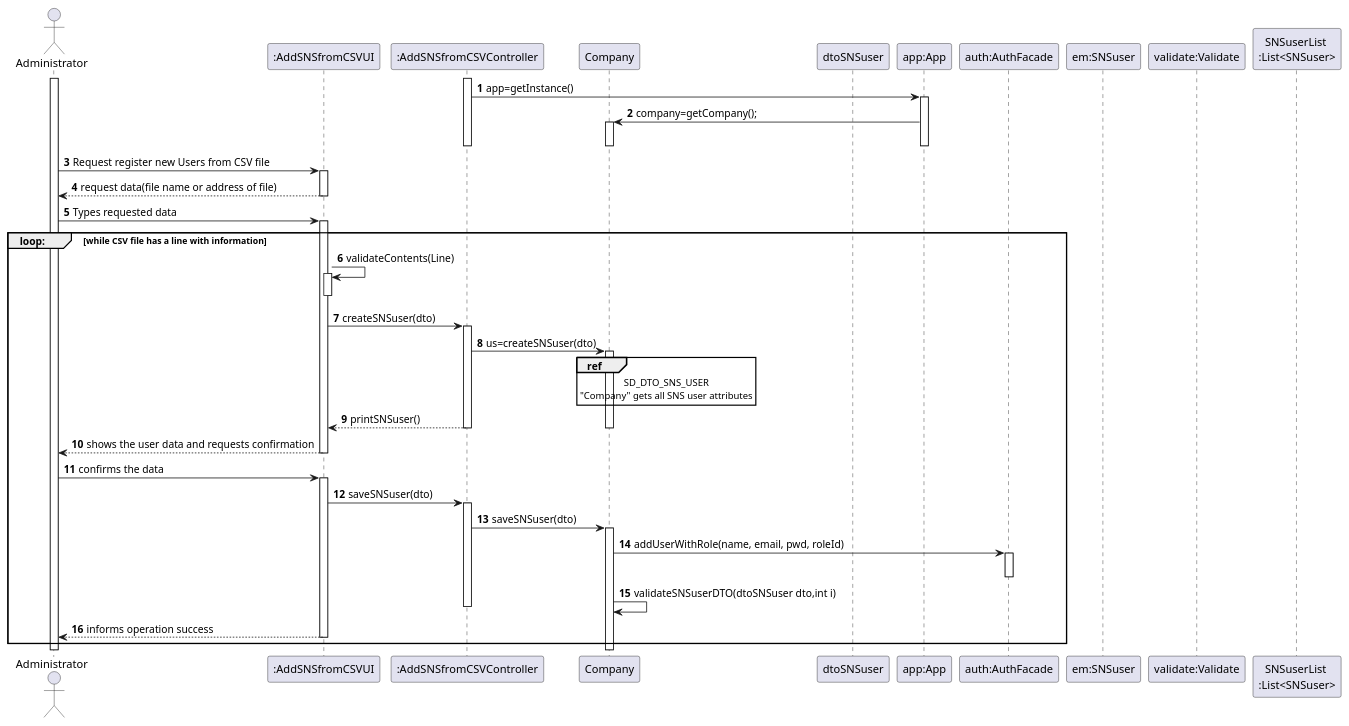
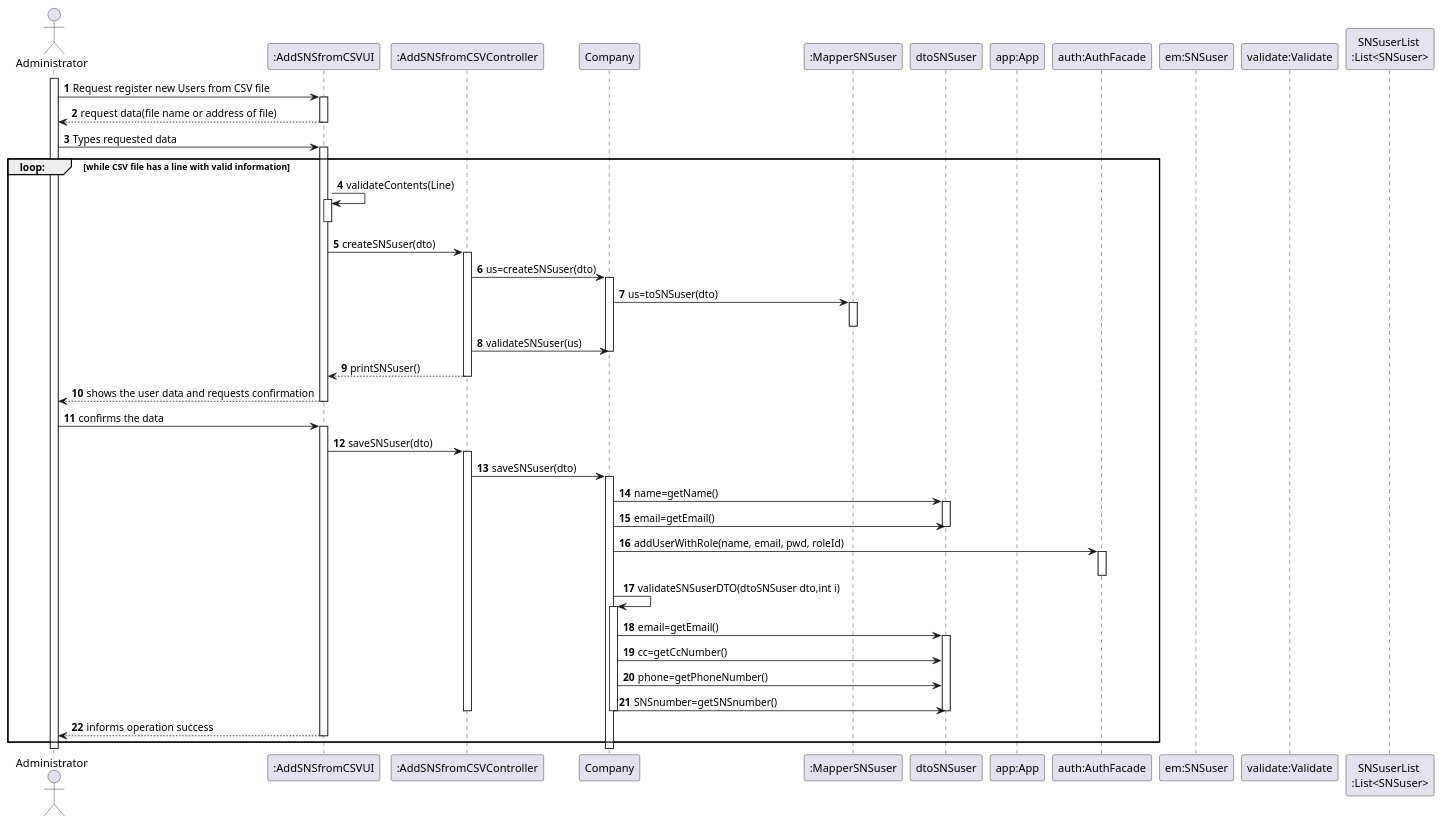
The diagram in docs/SprintC/US014/US014_SD.puml (osnilas/SNSsystem), drawn with PlantUML before and after one commit. The commit also changed 8 other files, not shown here.

```diff
--- a/docs/SprintC/US014/US014_SD.puml
+++ b/docs/SprintC/US014/US014_SD.puml
@@ -1,68 +1,72 @@
 @startuml
 'https://plantuml.com/class-diagram
 
 autonumber
     actor "Administrator" as ADM
 
     participant ":AddSNSfromCSVUI" as UI
     participant ":AddSNSfromCSVController" as  CTRL
     participant "Company" as COMP
+    participant ":MapperSNSuser" as MAPPER
     participant "dtoSNSuser" as DTO
     participant "app:App" as APP
     participant "auth:AuthFacade" as AUTH
     participant "em:SNSuser" as SNS
     participant "validate:Validate" as VALID
     participant "SNSuserList \n:List<SNSuser>"
 
         activate ADM
-       activate CTRL
-       CTRL->APP: app=getInstance()
-       activate APP
-       APP->COMP: company=getCompany();
-       activate COMP
-       deactivate COMP
-       deactivate APP
-       deactivate CTRL
        ADM -> UI: Request register new Users from CSV file
        activate UI
        UI --> ADM: request data(file name or address of file)
        deactivate UI
        UI <- ADM: Types requested data
 
        activate UI
 
-       group loop: [while CSV file has a line with information]
+       group loop: [while CSV file has a line with valid information]
        UI->UI:validateContents(Line)
        activate UI
        deactivate UI
        UI->CTRL: createSNSuser(dto)
        activate CTRL
        CTRL->COMP: us=createSNSuser(dto)
        activate COMP
-       ref over COMP
-         SD_DTO_SNS_USER
-         "Company" gets all SNS user attributes
-       end reF
+       COMP->MAPPER: us=toSNSuser(dto)
+       activate MAPPER
+       deactivate MAPPER
+       CTRL->COMP: validateSNSuser(us)
+        deactivate COMP
        CTRL-->UI: printSNSuser()
-       deactivate COMP
        deactivate CTRL
        ADM <-- UI: shows the user data and requests confirmation
        deactivate UI
-
        ADM -> UI: confirms the data
        activate UI
        UI->CTRL:saveSNSuser(dto)
        activate CTRL
        CTRL->COMP:saveSNSuser(dto)
        activate COMP
+       COMP->DTO:name=getName()
+       activate DTO
+       COMP->DTO:email=getEmail()
+       deactivate DTO
        COMP->AUTH:addUserWithRole(name, email, pwd, roleId)
        activate AUTH
        deactivate AUTH
        COMP->COMP:validateSNSuserDTO(dtoSNSuser dto,int i)
+       activate COMP
+       COMP->DTO: email=getEmail()
+       activate DTO
+       COMP->DTO:cc=getCcNumber()
+       COMP->DTO:phone=getPhoneNumber()
+       COMP->DTO:SNSnumber=getSNSnumber()
+       deactivate DTO
+       deactivate COMP
        deactivate CTRL
 
 
        ADM <-- UI: informs operation success
        deactivate UI
        end
        @enduml
```
